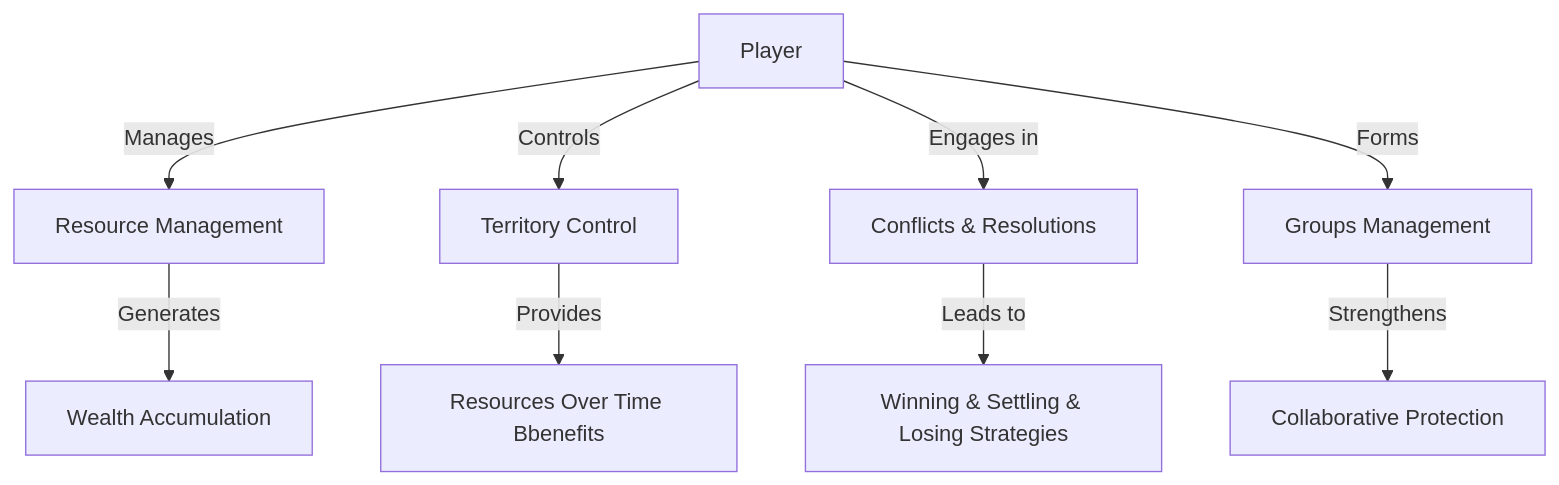
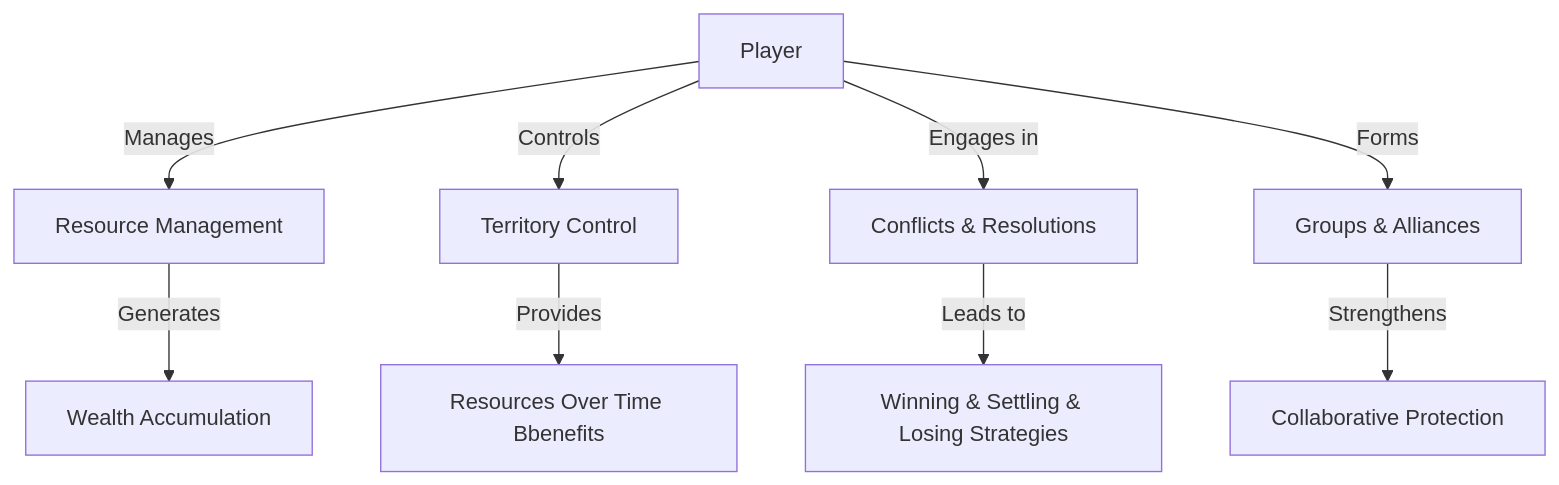
The second of 2 diagrams in README.md (cyberpunk042/wargames-framework), drawn with Mermaid before and after one commit.

````diff
--- a/README.md
+++ b/README.md
@@ -106,11 +106,11 @@
 ```mermaid
 graph TD;
     Player[Player] -->|Manages| Resources[Resource Management]
     Player -->|Controls| Locations[Territory Control]
     Player -->|Engages in| Interactions[Conflicts & Resolutions]  
-    Player -->|Forms| Alliances[Groups Management]
+    Player -->|Forms| Alliances[Groups & Alliances]
     Resources -->|Generates| Wealth[Wealth Accumulation]
     Locations -->|Provides| Advantages[Resources Over Time Bbenefits]
     Interactions -->|Leads to| Outcomes[Winning & Settling & Losing Strategies]
     Alliances -->|Strengthens| Defense[Collaborative Protection]
 ```
````
